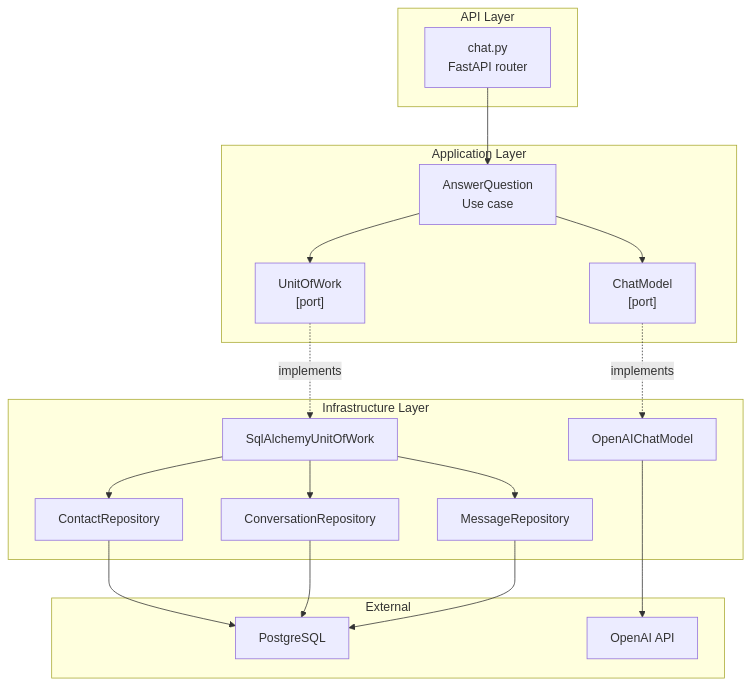
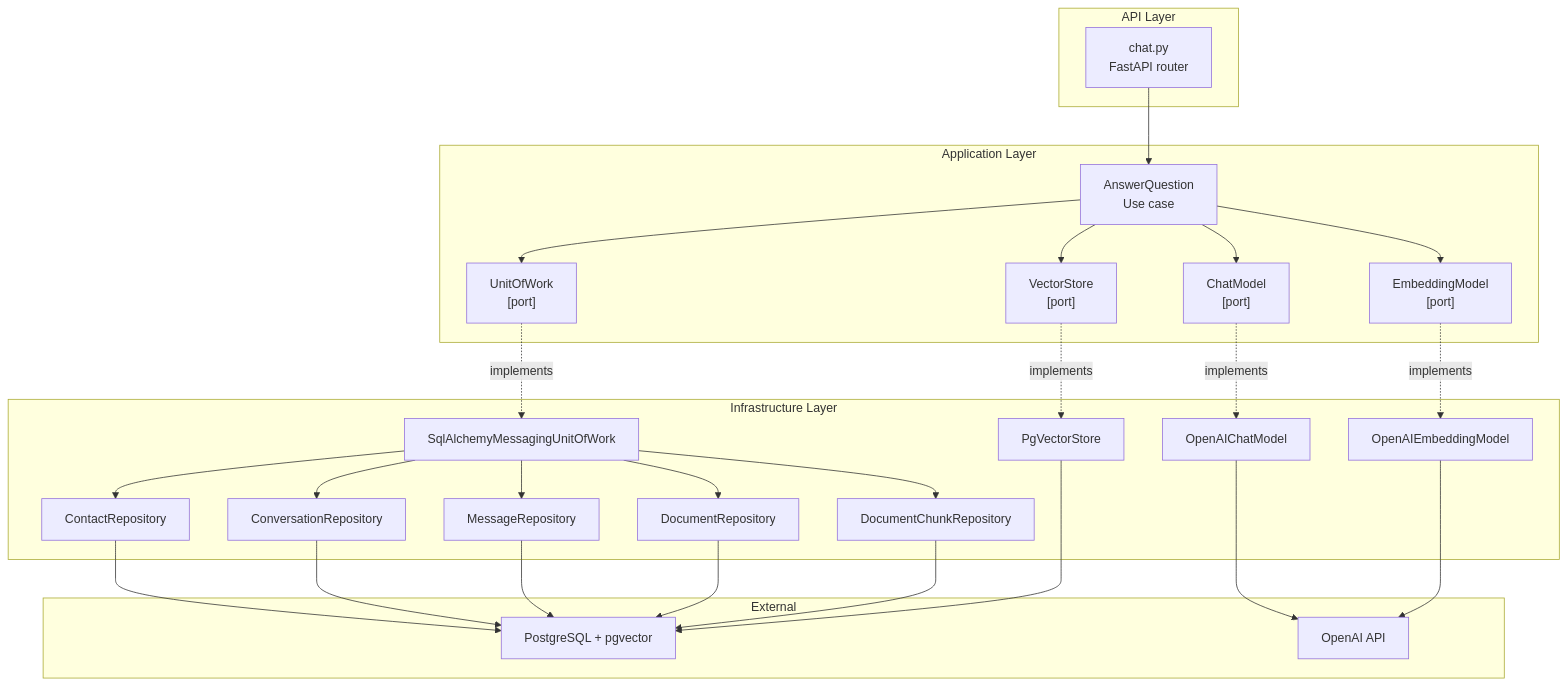
One commit to camercadop/knowledge-support-ai-agent changed the third of 3 diagrams in docs/architecture.md. Above: the diagram before and after it, drawn with Mermaid. The commit also changed other lines of this file and 27 other files, not shown here.

````diff
--- a/docs/architecture.md
+++ b/docs/architecture.md
@@ -44,38 +44,54 @@
 ```mermaid
 flowchart TB
     subgraph api["API Layer"]
         chat_router["chat.py\nFastAPI router"]
     end
 
     subgraph app["Application Layer"]
         use_case["AnswerQuestion\nUse case"]
         port_uow["UnitOfWork\n[port]"]
         port_chat["ChatModel\n[port]"]
+        port_embed["EmbeddingModel\n[port]"]
+        port_vs["VectorStore\n[port]"]
     end
 
     subgraph infra["Infrastructure Layer"]
-        sql_uow["SqlAlchemyUnitOfWork"]
+        sql_uow["SqlAlchemyMessagingUnitOfWork"]
         contact_repo["ContactRepository"]
         conv_repo["ConversationRepository"]
         msg_repo["MessageRepository"]
+        doc_repo["DocumentRepository"]
+        chunk_repo["DocumentChunkRepository"]
         openai_chat["OpenAIChatModel"]
+        openai_embed["OpenAIEmbeddingModel"]
+        pgvector["PgVectorStore"]
     end
 
     subgraph external["External"]
-        postgres["PostgreSQL"]
+        postgres["PostgreSQL + pgvector"]
         openai["OpenAI API"]
     end
 
     chat_router --> use_case
     use_case --> port_uow
     use_case --> port_chat
+    use_case --> port_embed
+    use_case --> port_vs
     port_uow -.->|implements| sql_uow
     port_chat -.->|implements| openai_chat
+    port_embed -.->|implements| openai_embed
+    port_vs -.->|implements| pgvector
     sql_uow --> contact_repo
     sql_uow --> conv_repo
     sql_uow --> msg_repo
+    sql_uow --> doc_repo
+    sql_uow --> chunk_repo
     contact_repo --> postgres
     conv_repo --> postgres
     msg_repo --> postgres
+    doc_repo --> postgres
+    chunk_repo --> postgres
+    pgvector --> postgres
     openai_chat --> openai
+    openai_embed --> openai
 ```
````
